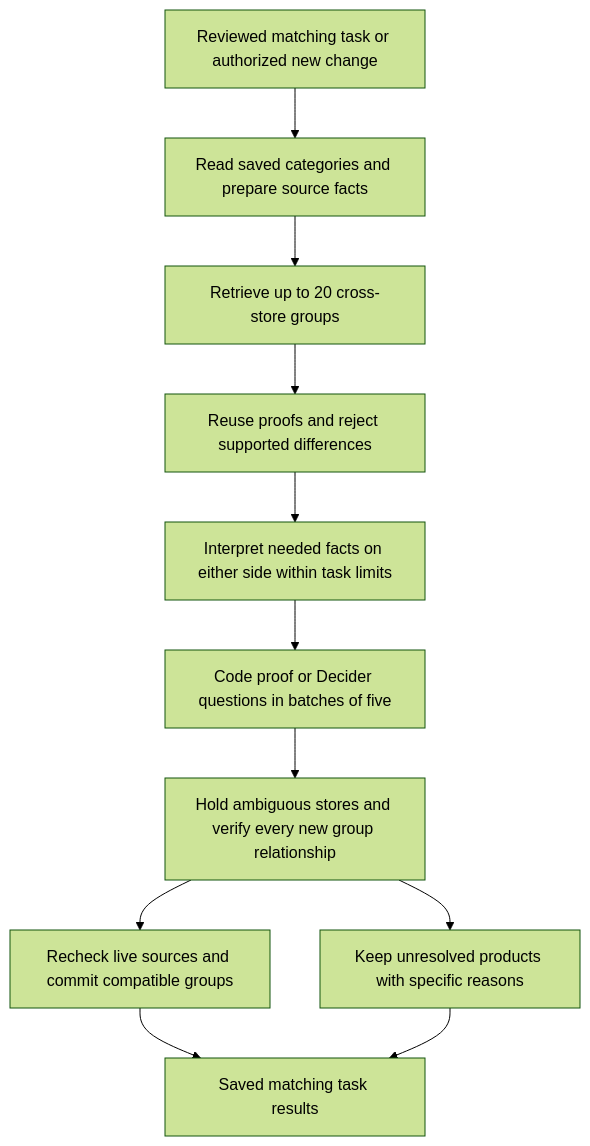
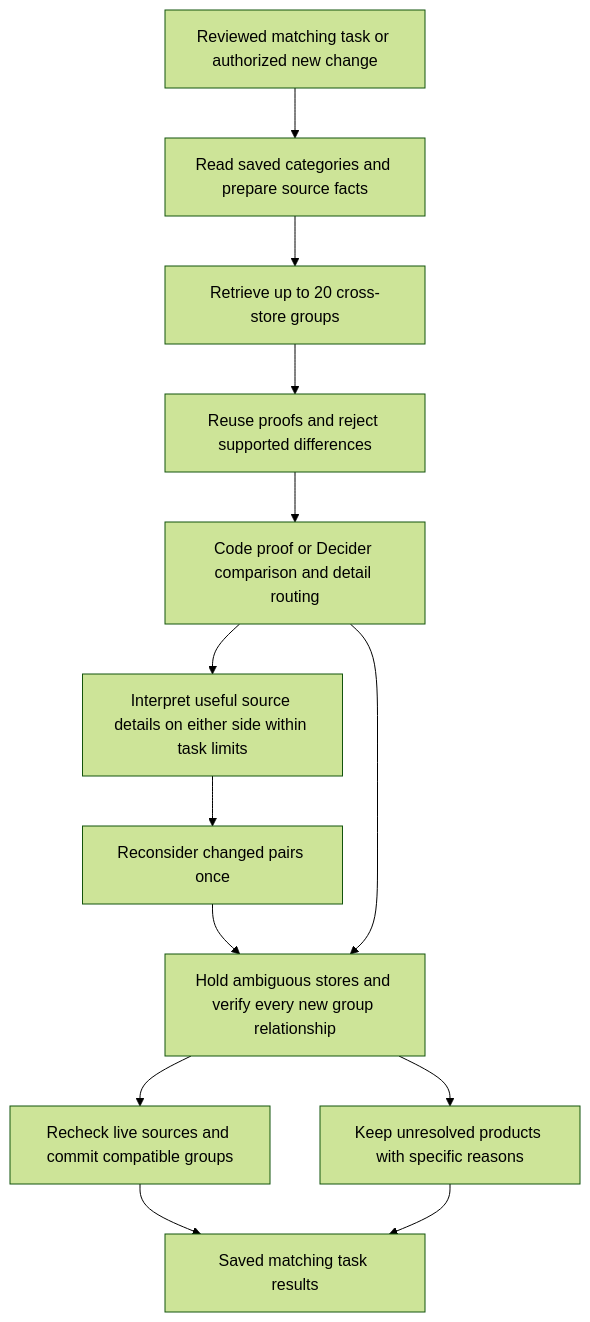
The diagram in docs/matching.md (gotch27/mkd-price-aggregator), drawn with Mermaid (forest theme) before and after one commit. The commit also changed other lines of this file and 13 other files, not shown here.

Commit message:
Fix identity clarification routing and preserve code matches on AI deferral

````diff
--- a/docs/matching.md
+++ b/docs/matching.md
@@ -28,13 +28,15 @@
 ```mermaid
 flowchart TD
  A[Reviewed matching task or authorized new change] --> B[Read saved categories and prepare source facts]
  B --> C[Retrieve up to 20 cross-store groups]
  C --> D[Reuse proofs and reject supported differences]
- D --> E[Interpret needed facts on either side within task limits]
- E --> F[Code proof or Decider questions in batches of five]
+ D --> F[Code proof or Decider comparison and detail routing]
+ F --> E[Interpret useful source details on either side within task limits]
+ E --> R[Reconsider changed pairs once]
+ R --> G
  F --> G[Hold ambiguous stores and verify every new group relationship]
  G --> H[Recheck live sources and commit compatible groups]
  G --> I[Keep unresolved products with specific reasons]
  H --> J[Saved matching task results]
  I --> J
 ```
````
